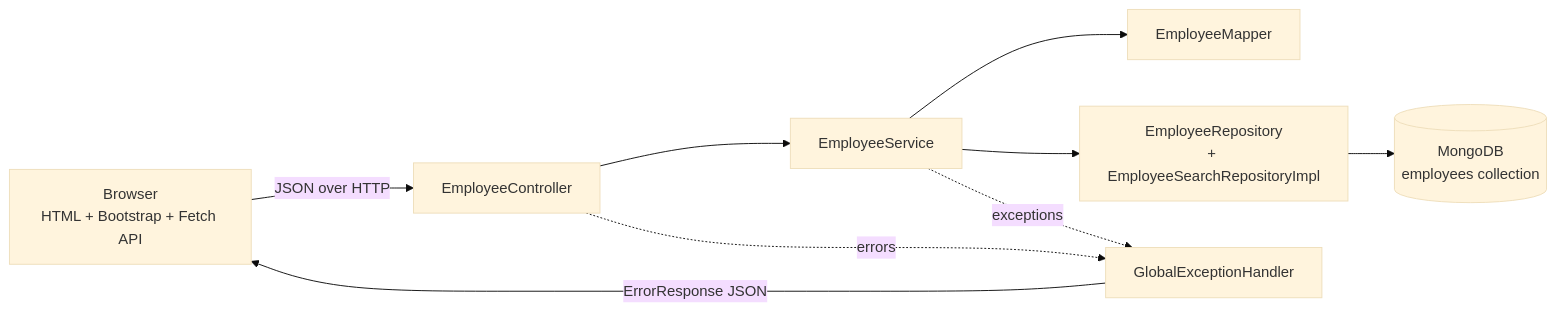
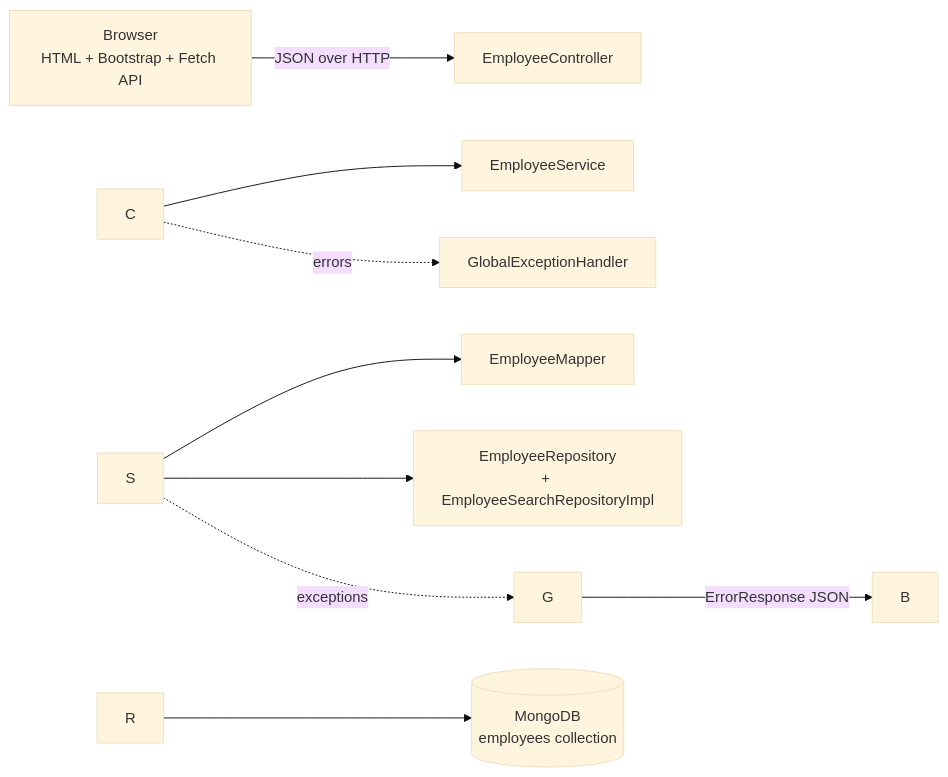
One commit to MahaNagendran2007/EmployeeHub changed the diagram in README.md. Above: the diagram before and after it, drawn with Mermaid (base theme). The commit also changed other lines of this file, not shown here.

````diff
--- a/README.md
+++ b/README.md
@@ -50,11 +50,11 @@
 ```mermaid
 flowchart LR
-    B[Browser<br/>HTML + Bootstrap + Fetch API] -->|JSON over HTTP| C[EmployeeController]
-    C --> S[EmployeeService]
-    S --> M[EmployeeMapper]
-    S --> R[EmployeeRepository<br/>+ EmployeeSearchRepositoryImpl]
-    R --> D[(MongoDB<br/>employees collection)]
-    C -.errors.-> G[GlobalExceptionHandler]
+    B\[Browser<br/>HTML + Bootstrap + Fetch API] -->|JSON over HTTP| C\[EmployeeController]
+    C --> S\[EmployeeService]
+    S --> M\[EmployeeMapper]
+    S --> R\[EmployeeRepository<br/>+ EmployeeSearchRepositoryImpl]
+    R --> D\[(MongoDB<br/>employees collection)]
+    C -.errors.-> G\[GlobalExceptionHandler]
     S -.exceptions.-> G
     G -->|ErrorResponse JSON| B
 ```
````
